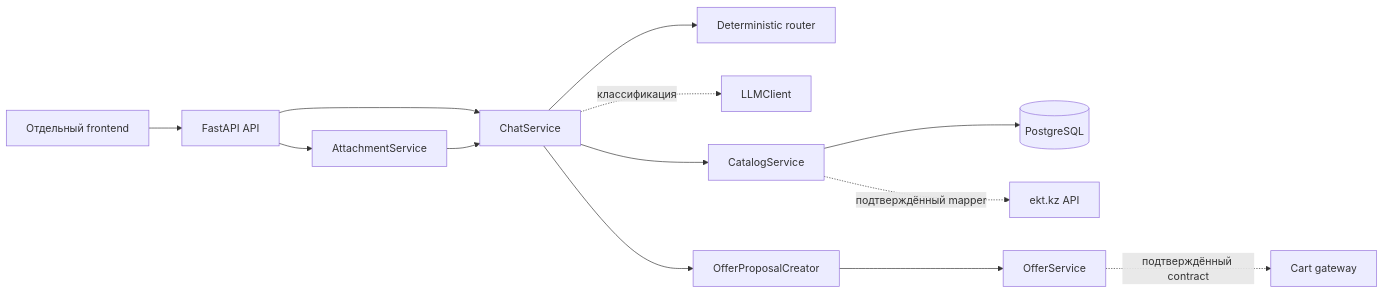
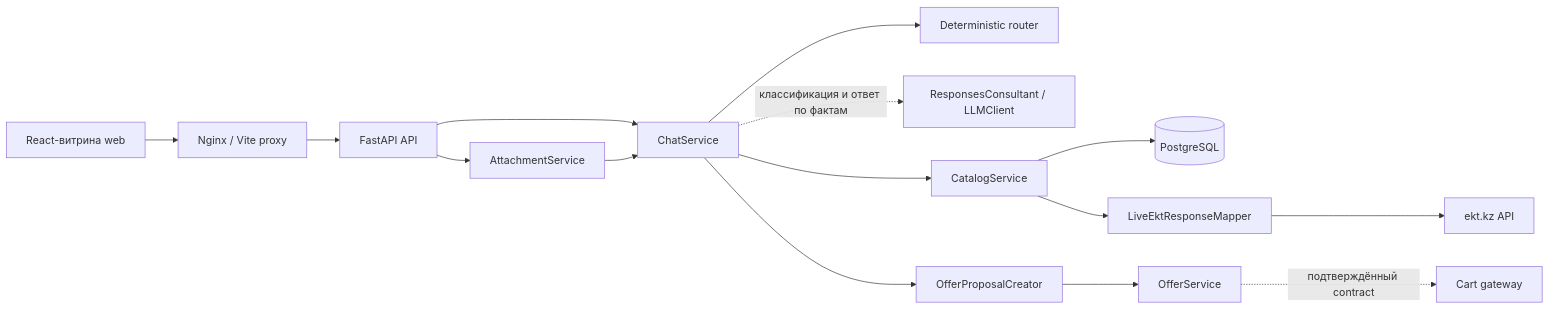
Before and after one commit to BAITC-Hacks/hack-4cfe9779-k14: the first of 2 diagrams in README.md, drawn with Mermaid. The commit also changed other lines of this file, not shown here.

````diff
--- a/README.md
+++ b/README.md
@@ -65,17 +66,19 @@
 ```mermaid
 flowchart LR
-    Browser["Отдельный frontend"] --> API["FastAPI API"]
+    Browser["React-витрина web"] --> Proxy["Nginx / Vite proxy"]
+    Proxy --> API["FastAPI API"]
 
     API --> Chat["ChatService"]
     Chat --> Router["Deterministic router"]
-    Chat -. классификация .-> LLM["LLMClient"]
+    Chat -. классификация и ответ по фактам .-> LLM["ResponsesConsultant / LLMClient"]
     Chat --> Catalog["CatalogService"]
     Chat --> Offers["OfferProposalCreator"]
 
     API --> Attachments["AttachmentService"]
     Attachments --> Chat
     Catalog --> Database[("PostgreSQL")]
-    Catalog -. подтверждённый mapper .-> EKT["ekt.kz API"]
+    Catalog --> Mapper["LiveEktResponseMapper"]
+    Mapper --> EKT["ekt.kz API"]
     Offers --> OfferService["OfferService"]
     OfferService -. подтверждённый contract .-> Cart["Cart gateway"]
 ```
````
